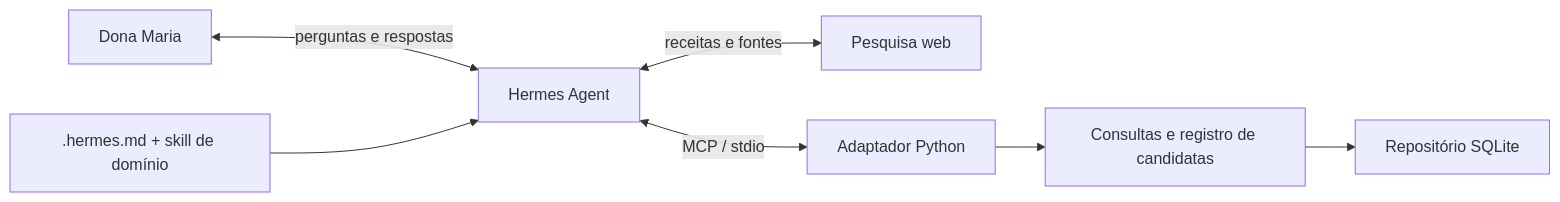
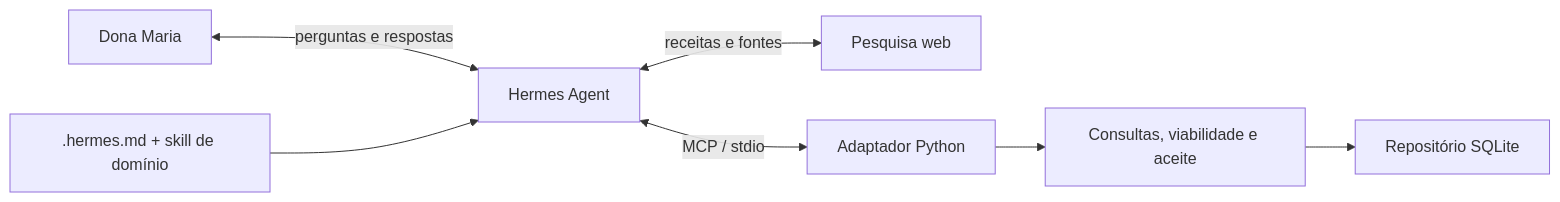
Before and after one commit to glaucia86/sabor-da-maria-hermes-agent: the diagram in README.md, drawn with Mermaid. The commit also changed other lines of this file and 14 other files, not shown here.

````diff
--- a/README.md
+++ b/README.md
@@ -73,9 +73,9 @@
 ```mermaid
 flowchart LR
     U["Dona Maria"] <-->|"perguntas e respostas"| H["Hermes Agent"]
     C[".hermes.md + skill de domínio"] --> H
     H <-->|"receitas e fontes"| W["Pesquisa web"]
     H <-->|"MCP / stdio"| M["Adaptador Python"]
-    M --> S["Consultas e registro de candidatas"]
+    M --> S["Consultas, viabilidade e aceite"]
     S --> R["Repositório SQLite"]
 ```
````
